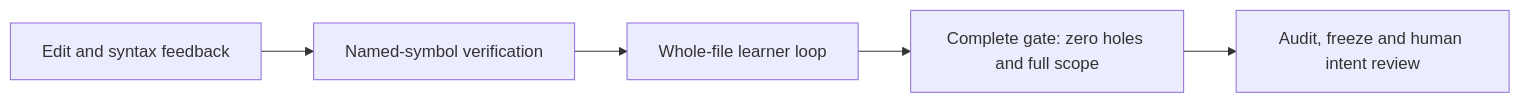
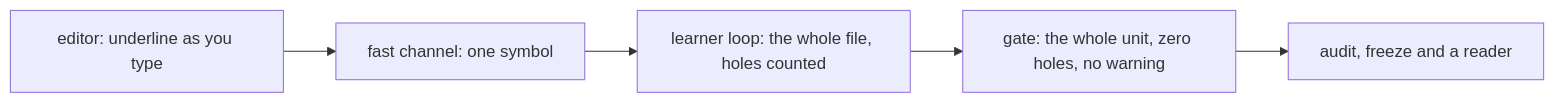
The third of 3 diagrams in docs/R05_NoGoalState.md (leobwang/dafny-verus-learn-0), drawn with Mermaid before and after one commit. The commit also changed other lines of this file and 43 other files, not shown here.

````diff
--- a/docs/R05_NoGoalState.md
+++ b/docs/R05_NoGoalState.md
@@ -229,7 +628,7 @@
 ```mermaid
 flowchart LR
-  edit["Edit and syntax feedback"] --> selected["Named-symbol verification"]
-  selected --> file["Whole-file learner loop"]
-  file --> gate["Complete gate: zero holes and full scope"]
-  gate --> review["Audit, freeze and human intent review"]
+  E["editor: underline as you type"] --> S["fast channel: one symbol"]
+  S --> W["learner loop: the whole file, holes counted"]
+  W --> G["gate: the whole unit, zero holes, no warning"]
+  G --> A["audit, freeze and a reader"]
 ```
````
